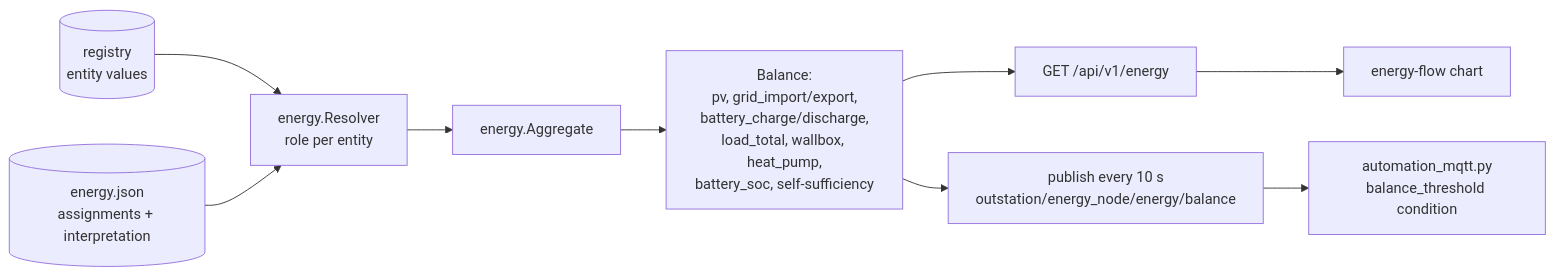
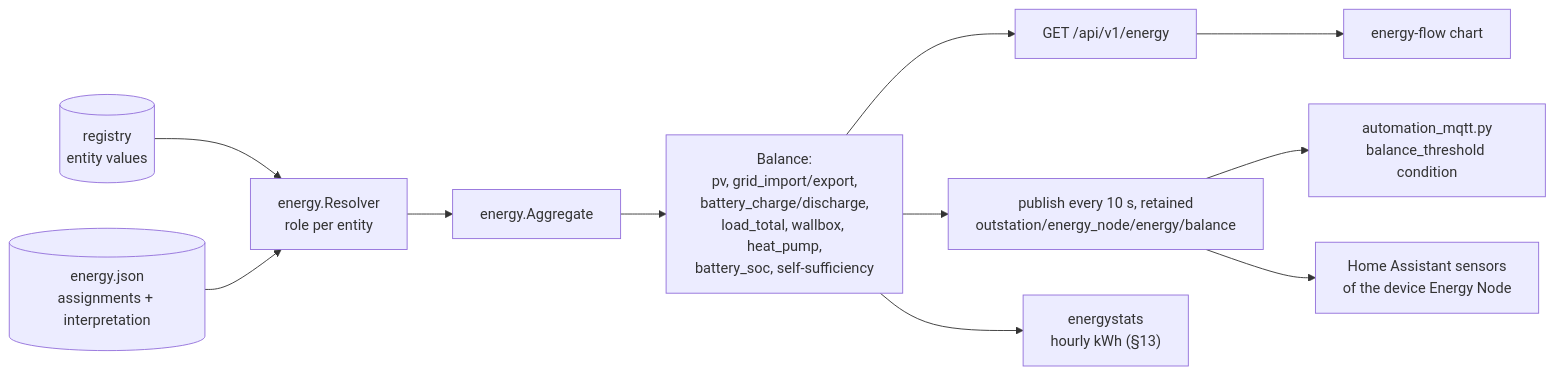
One commit to Developer-Simon/energy-node changed the sixth of 12 diagrams in docs/developing/data-flow.md. Above: the diagram before and after it, drawn with Mermaid. The commit also changed other lines of this file and 18 other files, not shown here.

First line of the commit message:
docs: revise data flows for the companion and split the settings page (#136)

````diff
--- a/docs/developing/data-flow.md
+++ b/docs/developing/data-flow.md
@@ -294,11 +357,13 @@
 ```mermaid
 flowchart LR
     REG[("registry<br/>entity values")] --> RES["energy.Resolver<br/>role per entity"]
     EJ[("energy.json<br/>assignments + interpretation")] --> RES
     RES --> AGG["energy.Aggregate"]
     AGG --> BAL["Balance:<br/>pv, grid_import/export,<br/>battery_charge/discharge,<br/>load_total, wallbox, heat_pump,<br/>battery_soc, self-sufficiency"]
     BAL --> HTTP["GET /api/v1/energy"]
-    BAL --> MQTT["publish every 10 s<br/>outstation/energy_node/energy/balance"]
+    BAL --> MQTT["publish every 10 s, retained<br/>outstation/energy_node/energy/balance"]
     MQTT --> AUTO["automation_mqtt.py<br/>balance_threshold condition"]
+    MQTT --> HAS["Home Assistant sensors<br/>of the device Energy Node"]
     HTTP --> UI["energy-flow chart"]
+    BAL --> EST["energystats<br/>hourly kWh (§13)"]
 ```
````
